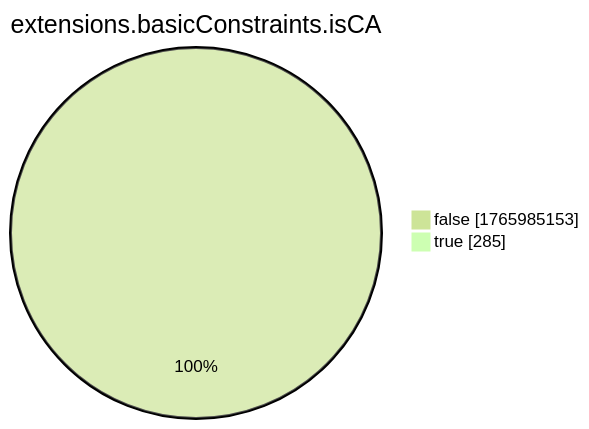
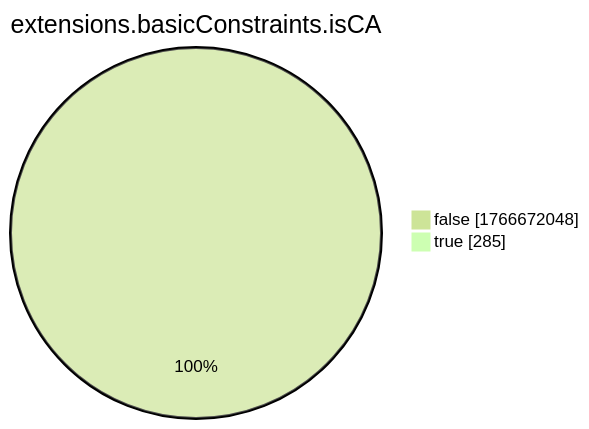
Before and after one commit to christiankrug/ctmonitor_visualization: the eighth of 15 diagrams in xenon2022/README.md, drawn with Mermaid (forest theme). The commit also changed other lines of this file, not shown here.

````diff
--- a/xenon2022/README.md
+++ b/xenon2022/README.md
@@ -2868,6 +2868,6 @@
 ```mermaid
 pie showData
 title extensions.basicConstraints.isCA
-"false" :1765985153
+"false" :1766672048
 "true" :285
 ```
````
